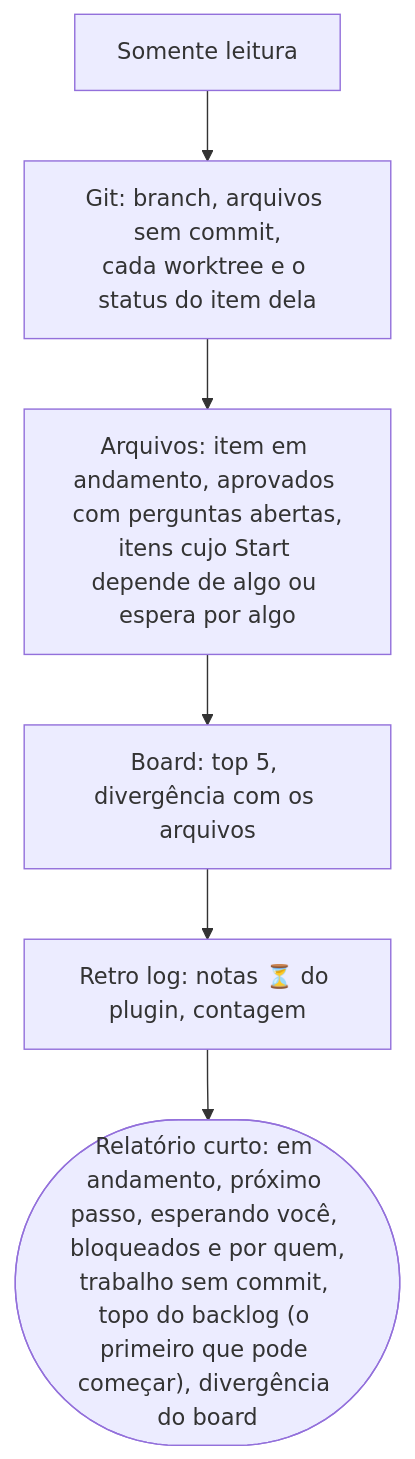
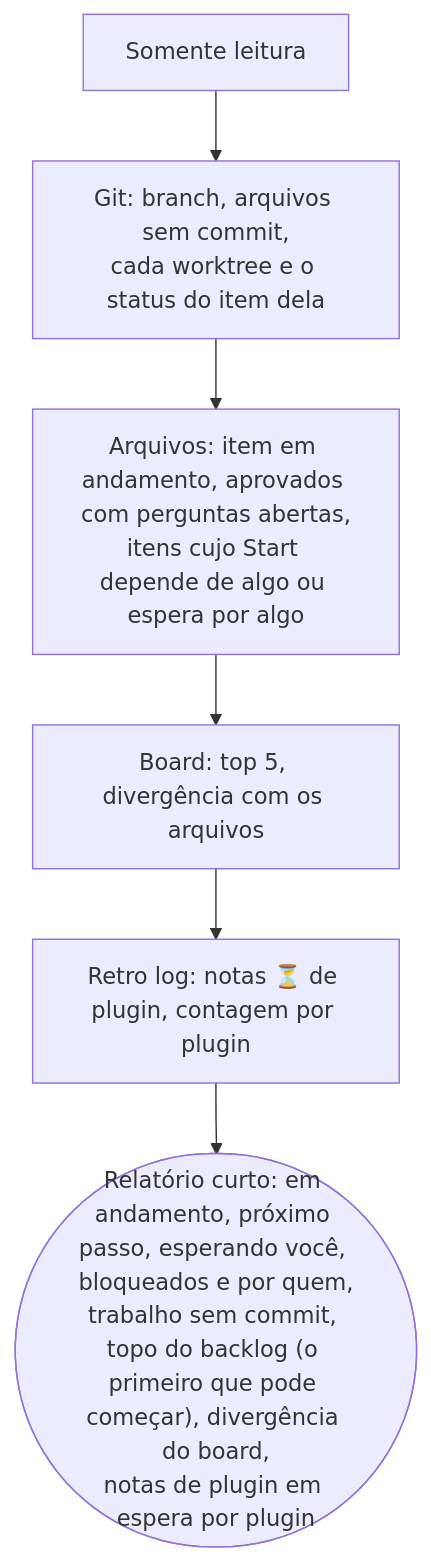
Before and after one commit to alexcanario/simulab: diagram 15 of 18 in docs/agile/workflow.pt-BR.md, drawn with Mermaid. The commit also changed other lines of this file and 9 other files, not shown here.

````diff
--- a/docs/agile/workflow.pt-BR.md
+++ b/docs/agile/workflow.pt-BR.md
@@ -1403,8 +1554,8 @@
 ```mermaid
 flowchart TD
     A["Somente leitura"] --> B["Git: branch, arquivos sem commit,<br/>cada worktree e o status do item dela"]
     B --> C["Arquivos: item em andamento, aprovados com perguntas abertas,<br/>itens cujo Start depende de algo ou espera por algo"]
     C --> D["Board: top 5, divergência com os arquivos"]
-    D --> E["Retro log: notas ⏳ do plugin, contagem"]
-    E --> F(["Relatório curto: em andamento, próximo passo, esperando você, bloqueados e por quem,<br/>trabalho sem commit, topo do backlog (o primeiro que pode começar), divergência do board"])
+    D --> E["Retro log: notas ⏳ de plugin, contagem por plugin"]
+    E --> F(["Relatório curto: em andamento, próximo passo, esperando você, bloqueados e por quem,<br/>trabalho sem commit, topo do backlog (o primeiro que pode começar), divergência do board,<br/>notas de plugin em espera por plugin"])
 ```
````
